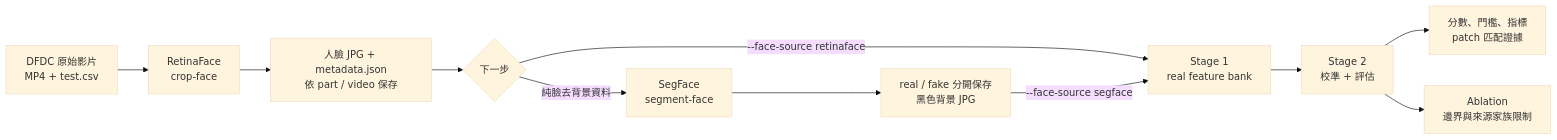
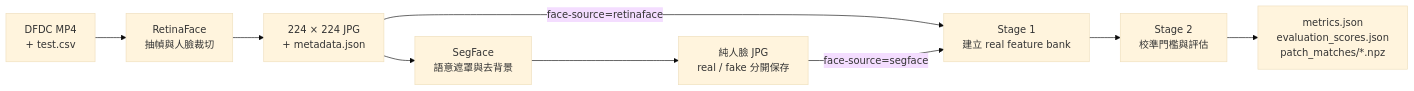
The first of 3 diagrams in README.md (IlikeBB/DeepFakeSecurity), drawn with Mermaid (base theme) before and after one commit. The commit also changed other lines of this file, not shown here.

````diff
--- a/README.md
+++ b/README.md
@@ -7,13 +62,11 @@
 ```mermaid
 flowchart LR
-    A["DFDC 原始影片<br/>MP4 + test.csv"] --> B["RetinaFace<br/>crop-face"]
-    B --> C["人臉 JPG + metadata.json<br/>依 part / video 保存"]
-    C --> D{"下一步"}
-    D -->|--face-source retinaface| E["Stage 1<br/>real feature bank"]
-    D -->|純臉去背景資料| F["SegFace<br/>segment-face"]
-    F --> G["real / fake 分開保存<br/>黑色背景 JPG"]
-    G -->|--face-source segface| E
-    E --> H["Stage 2<br/>校準 + 評估"]
-    H --> I["分數、門檻、指標<br/>patch 匹配證據"]
-    H --> J["Ablation<br/>邊界與來源家族限制"]
+    A["DFDC MP4<br/>+ test.csv"] --> B["RetinaFace<br/>抽幀與人臉裁切"]
+    B --> C["224 × 224 JPG<br/>+ metadata.json"]
+    C -->|face-source=retinaface| F["Stage 1<br/>建立 real feature bank"]
+    C --> D["SegFace<br/>語意遮罩與去背景"]
+    D --> E["純人臉 JPG<br/>real / fake 分開保存"]
+    E -->|face-source=segface| F
+    F --> G["Stage 2<br/>校準門檻與評估"]
+    G --> H["metrics.json<br/>evaluation_scores.json<br/>patch_matches/*.npz"]
 ```
````
